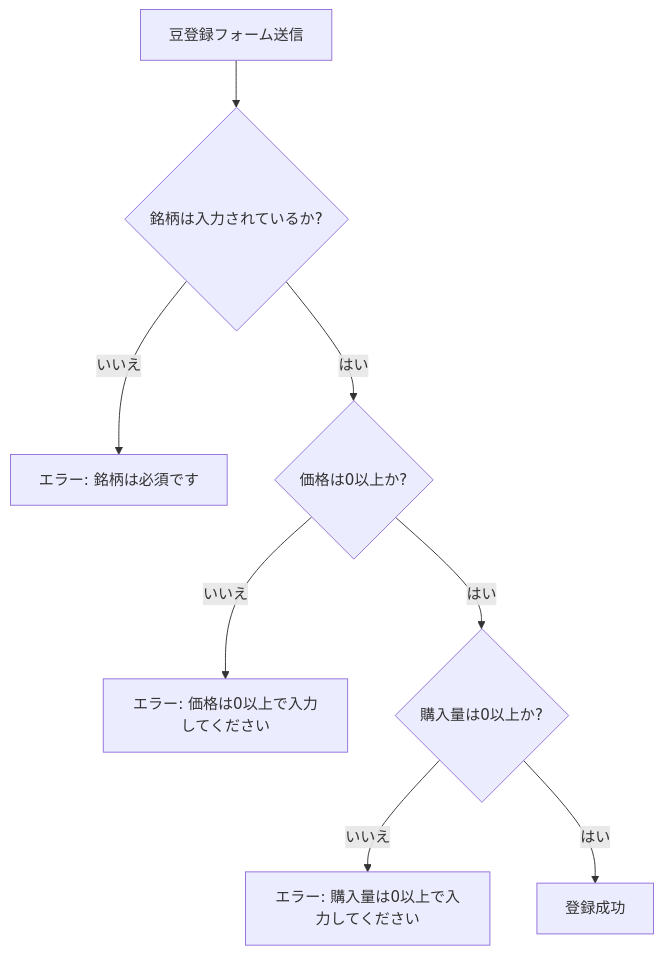
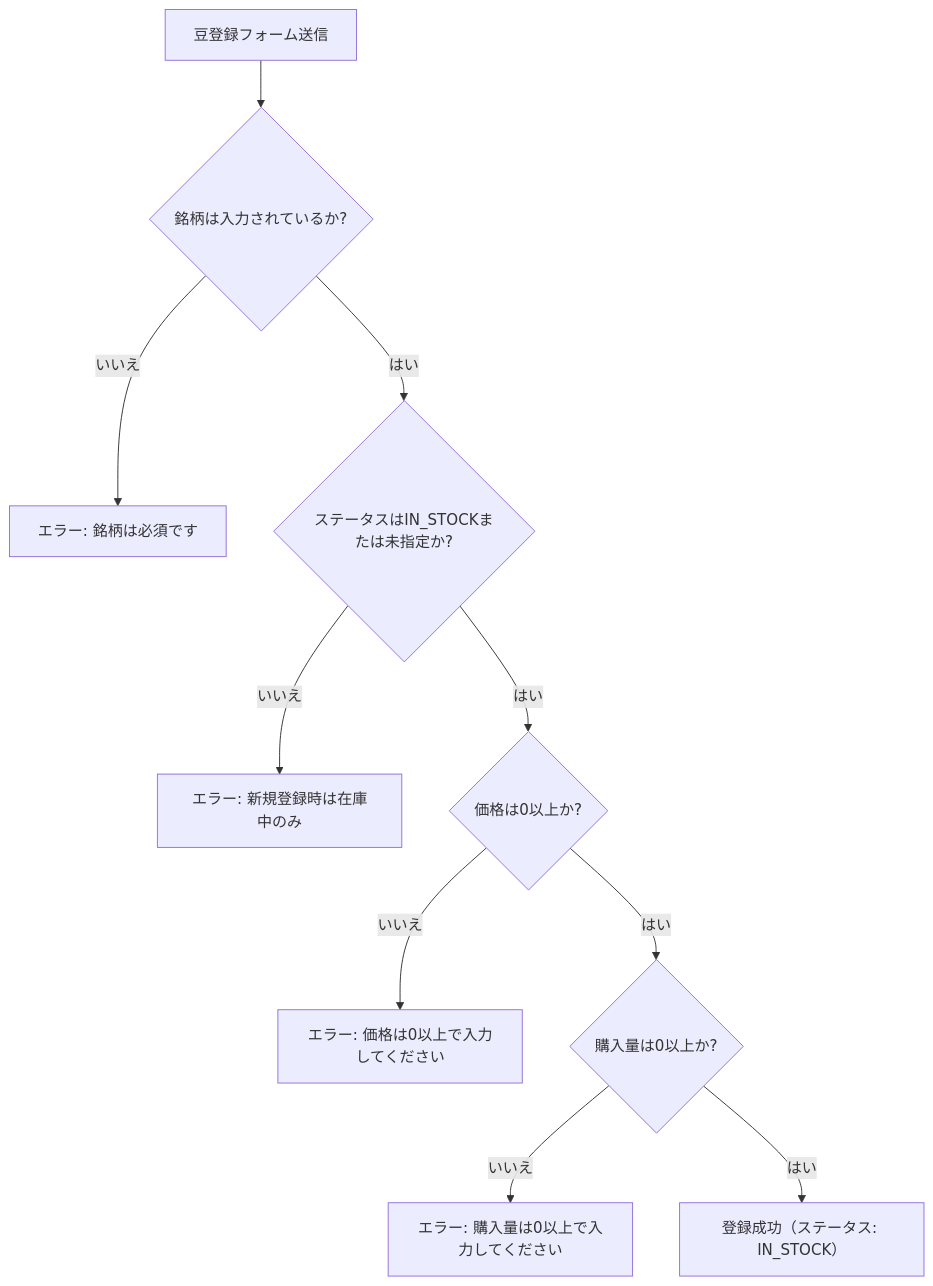
The eighth of 9 diagrams in docs/state-diagram.md (jyama4ta/coffee-tasting-journal), drawn with Mermaid before and after one commit. The commit also changed other lines of this file and 4 other files, not shown here.

````diff
--- a/docs/state-diagram.md
+++ b/docs/state-diagram.md
@@ -203,10 +208,12 @@
 ```mermaid
 flowchart TD
     A[豆登録フォーム送信] --> B{銘柄は入力されているか?}
     B -->|いいえ| C[エラー: 銘柄は必須です]
-    B -->|はい| D{価格は0以上か?}
-    D -->|いいえ| E[エラー: 価格は0以上で入力してください]
-    D -->|はい| F{購入量は0以上か?}
-    F -->|いいえ| G[エラー: 購入量は0以上で入力してください]
-    F -->|はい| H[登録成功]
+    B -->|はい| D{ステータスはIN_STOCKまたは未指定か?}
+    D -->|いいえ| E[エラー: 新規登録時は在庫中のみ]
+    D -->|はい| F{価格は0以上か?}
+    F -->|いいえ| G[エラー: 価格は0以上で入力してください]
+    F -->|はい| H{購入量は0以上か?}
+    H -->|いいえ| I[エラー: 購入量は0以上で入力してください]
+    H -->|はい| J[登録成功（ステータス: IN_STOCK）]
 ```
````
